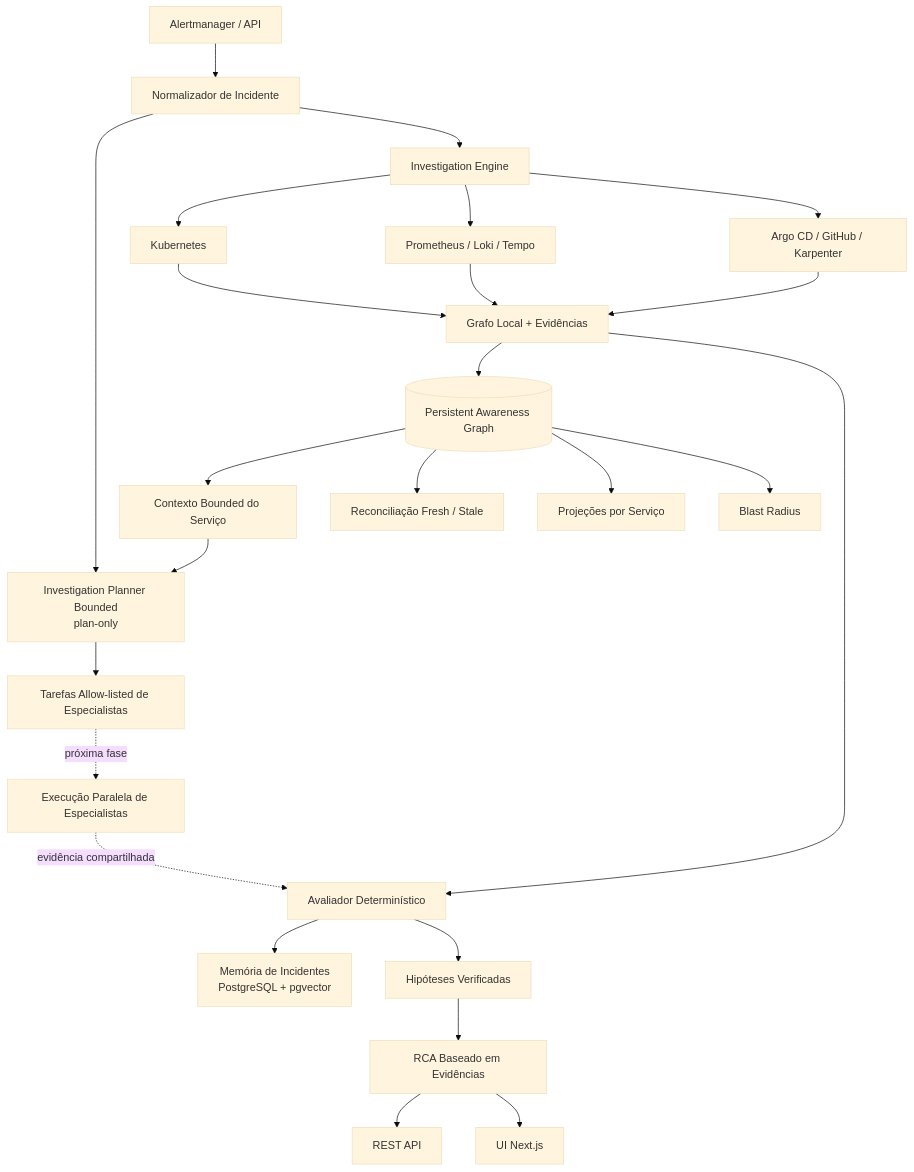
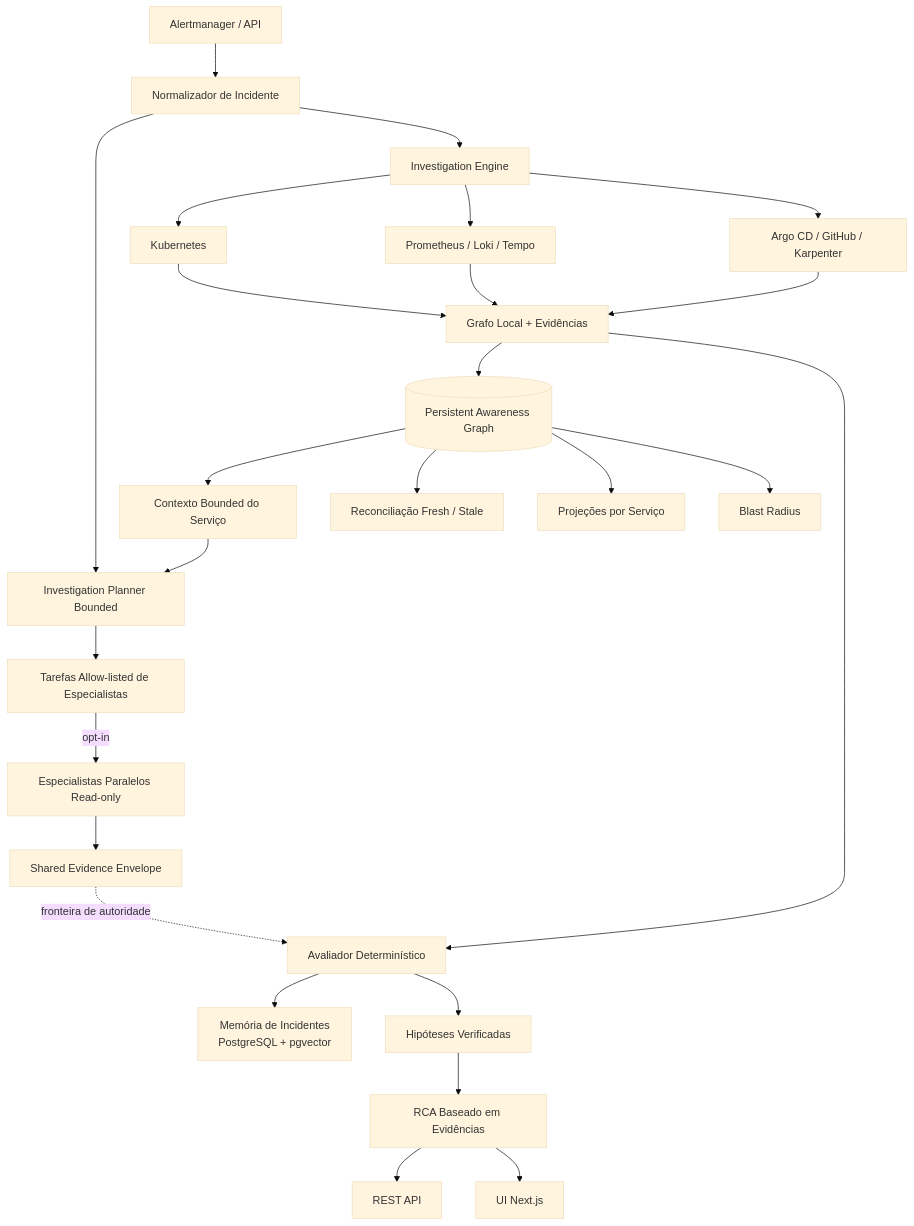
The first of 7 diagrams in README_PT-BR.md (marcocristofolini/ai-sre-rca), drawn with Mermaid (base theme) before and after one commit. The commit also changed other lines of this file and 19 other files, not shown here.

````diff
--- a/README_PT-BR.md
+++ b/README_PT-BR.md
@@ -110,32 +113,32 @@
 ```mermaid
 flowchart TD
     A[Alertmanager / API] --> N[Normalizador de Incidente]
-    N --> P[Investigation Planner Bounded<br/>plan-only]
+    N --> P[Investigation Planner Bounded]
     N --> E[Investigation Engine]
 
     G[(Persistent Awareness Graph)] --> C[Contexto Bounded do Serviço]
     C --> P
     P --> T[Tarefas Allow-listed de Especialistas]
+    T -->|opt-in| X[Especialistas Paralelos Read-only]
+    X --> SE[Shared Evidence Envelope]
 
     E --> K[Kubernetes]
     E --> O[Prometheus / Loki / Tempo]
     E --> CH[Argo CD / GitHub / Karpenter]
     K --> L[Grafo Local + Evidências]
     O --> L
     CH --> L
 
     L --> G
     G --> R[Reconciliação Fresh / Stale]
     G --> S[Projeções por Serviço]
     G --> B[Blast Radius]
 
     L --> D[Avaliador Determinístico]
+    SE -. fronteira de autoridade .-> D
     D --> M[Memória de Incidentes<br/>PostgreSQL + pgvector]
     D --> H[Hipóteses Verificadas]
     H --> RCA[RCA Baseado em Evidências]
     RCA --> API[REST API]
     RCA --> UI[UI Next.js]
-
-    T -. próxima fase .-> X[Execução Paralela de Especialistas]
-    X -. evidência compartilhada .-> D
 ```
````
